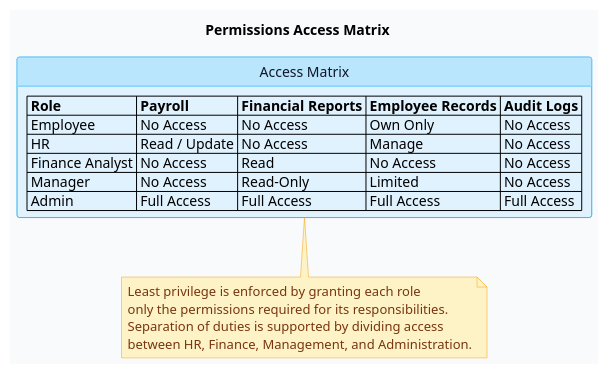
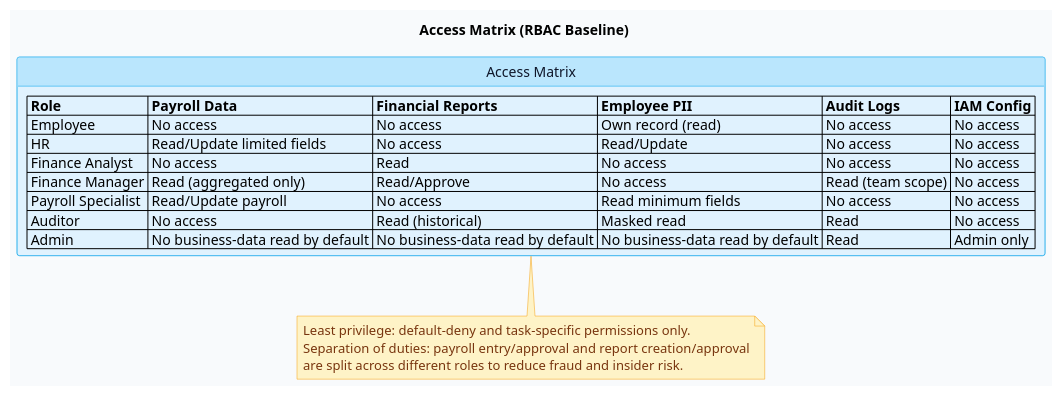
The diagram in diagrams/access-matrix.puml (MercuryAtom31/Security-Architecture-Authorization---Privacy-Design), drawn with PlantUML before and after one commit.

Commit message:
Updated the RBAC baseline access matrix.

```diff
--- a/diagrams/access-matrix.puml
+++ b/diagrams/access-matrix.puml
@@ -1,33 +1,34 @@
 @startuml
-title Permissions Access Matrix
+title Access Matrix (RBAC Baseline)
 
 skinparam shadowing false
 skinparam classAttributeIconSize 0
 hide circle
 skinparam monochrome false
 skinparam backgroundColor #F8FAFC
 skinparam classBackgroundColor #E0F2FE
 skinparam classBorderColor #0EA5E9
 skinparam classFontColor #0F172A
 skinparam classHeaderBackgroundColor #BAE6FD
 skinparam noteBackgroundColor #FEF3C7
 skinparam noteBorderColor #F59E0B
 skinparam noteFontColor #78350F
 
 class "Access Matrix" as AccessMatrix {
-  |= Role |= Payroll |= Financial Reports |= Employee Records |= Audit Logs |
-  | Employee | No Access | No Access | Own Only | No Access |
-  | HR | Read / Update | No Access | Manage | No Access |
-  | Finance Analyst | No Access | Read | No Access | No Access |
-  | Manager | No Access | Read-Only | Limited | No Access |
-  | Admin | Full Access | Full Access | Full Access | Full Access |
+  |= Role |= Payroll Data |= Financial Reports |= Employee PII |= Audit Logs |= IAM Config |
+  | Employee | No access | No access | Own record (read) | No access | No access |
+  | HR | Read/Update limited fields | No access | Read/Update | No access | No access |
+  | Finance Analyst | No access | Read | No access | No access | No access |
+  | Finance Manager | Read (aggregated only) | Read/Approve | No access | Read (team scope) | No access |
+  | Payroll Specialist | Read/Update payroll | No access | Read minimum fields | No access | No access |
+  | Auditor | No access | Read (historical) | Masked read | Read | No access |
+  | Admin | No business-data read by default | No business-data read by default | No business-data read by default | Read | Admin only |
 }
 
 note bottom of AccessMatrix
-Least privilege is enforced by granting each role
-only the permissions required for its responsibilities.
-Separation of duties is supported by dividing access
-between HR, Finance, Management, and Administration.
+Least privilege: default-deny and task-specific permissions only.
+Separation of duties: payroll entry/approval and report creation/approval
+are split across different roles to reduce fraud and insider risk.
 end note
 
 @enduml
```
